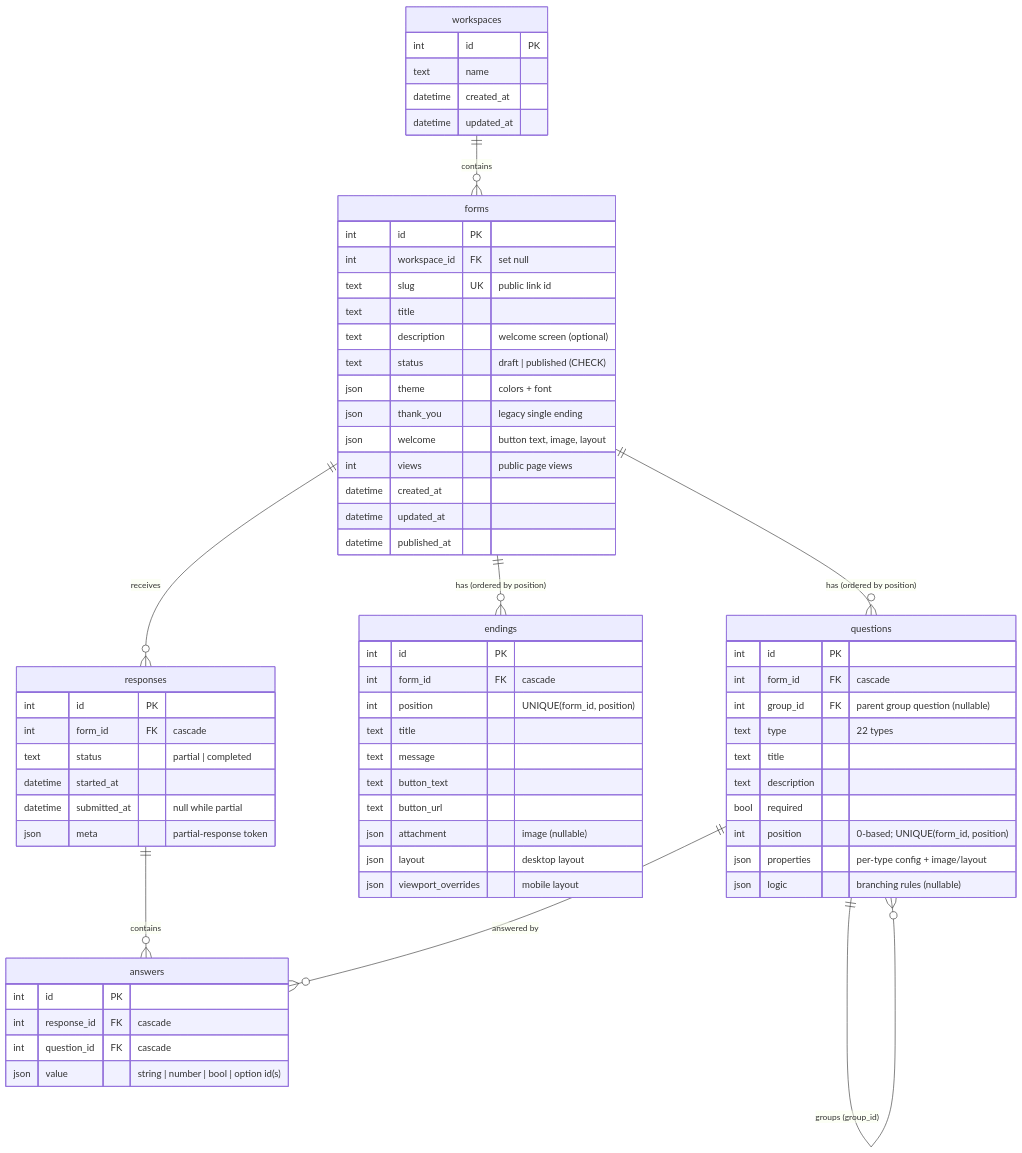
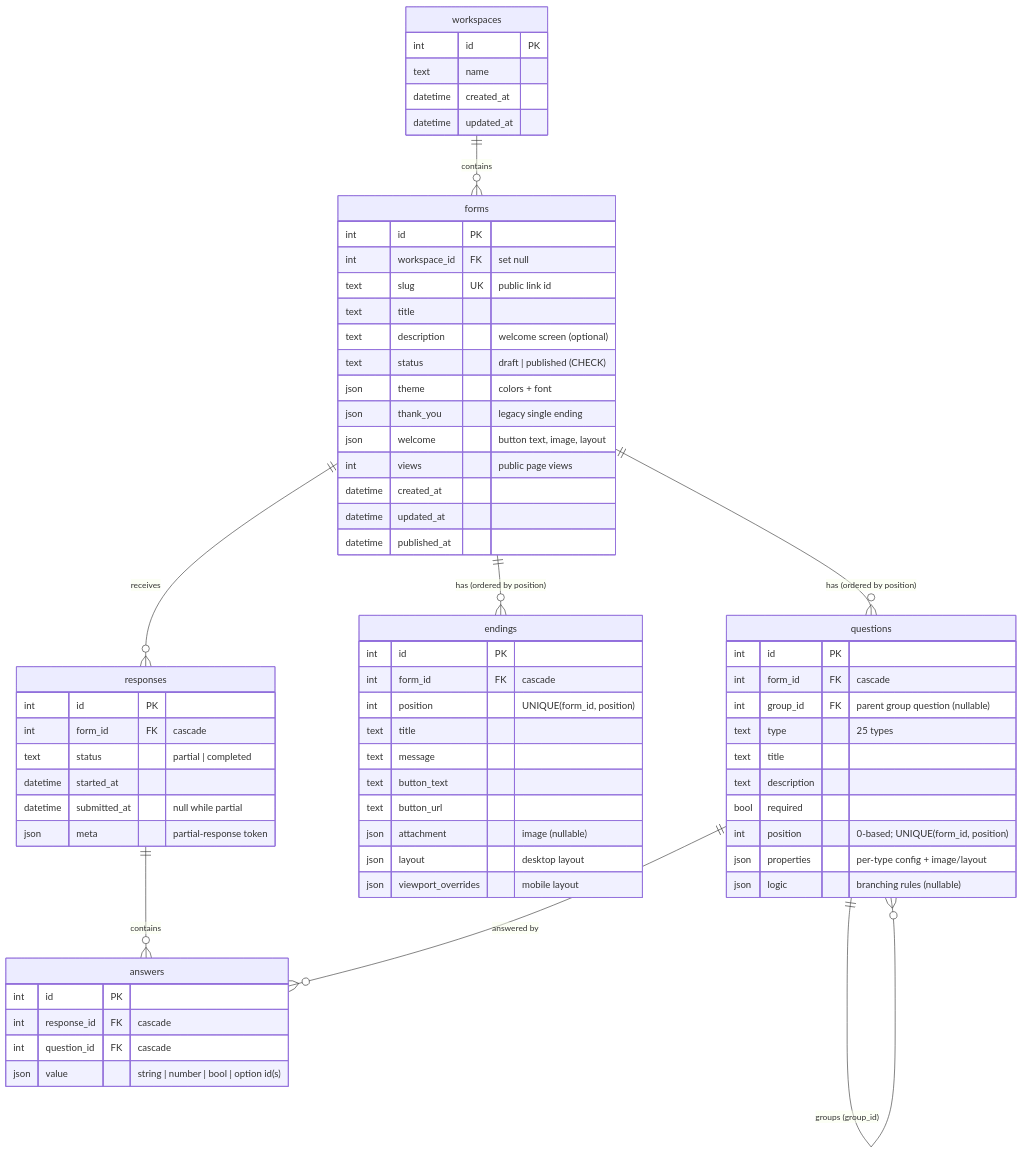
The diagram in README.md (ManpreettSingh/typeform), drawn with Mermaid before and after one commit. The commit also changed other lines of this file and 2 other files, not shown here.

````diff
--- a/README.md
+++ b/README.md
@@ -185,70 +187,70 @@
 ```mermaid
 erDiagram
     workspaces ||--o{ forms : contains
     forms ||--o{ questions : "has (ordered by position)"
     forms ||--o{ endings : "has (ordered by position)"
     forms ||--o{ responses : receives
     questions ||--o{ questions : "groups (group_id)"
     responses ||--o{ answers : contains
     questions ||--o{ answers : "answered by"
 
     workspaces {
         int id PK
         text name
         datetime created_at
         datetime updated_at
     }
     forms {
         int id PK
         int workspace_id FK "set null"
         text slug UK "public link id"
         text title
         text description "welcome screen (optional)"
         text status "draft | published (CHECK)"
         json theme "colors + font"
         json thank_you "legacy single ending"
         json welcome "button text, image, layout"
         int views "public page views"
         datetime created_at
         datetime updated_at
         datetime published_at
     }
     questions {
         int id PK
         int form_id FK "cascade"
         int group_id FK "parent group question (nullable)"
-        text type "22 types"
+        text type "25 types"
         text title
         text description
         bool required
         int position "0-based; UNIQUE(form_id, position)"
         json properties "per-type config + image/layout"
         json logic "branching rules (nullable)"
     }
     endings {
         int id PK
         int form_id FK "cascade"
         int position "UNIQUE(form_id, position)"
         text title
         text message
         text button_text
         text button_url
         json attachment "image (nullable)"
         json layout "desktop layout"
         json viewport_overrides "mobile layout"
     }
     responses {
         int id PK
         int form_id FK "cascade"
         text status "partial | completed"
         datetime started_at
         datetime submitted_at "null while partial"
         json meta "partial-response token"
     }
     answers {
         int id PK
         int response_id FK "cascade"
         int question_id FK "cascade"
         json value "string | number | bool | option id(s)"
     }
 ```
````
